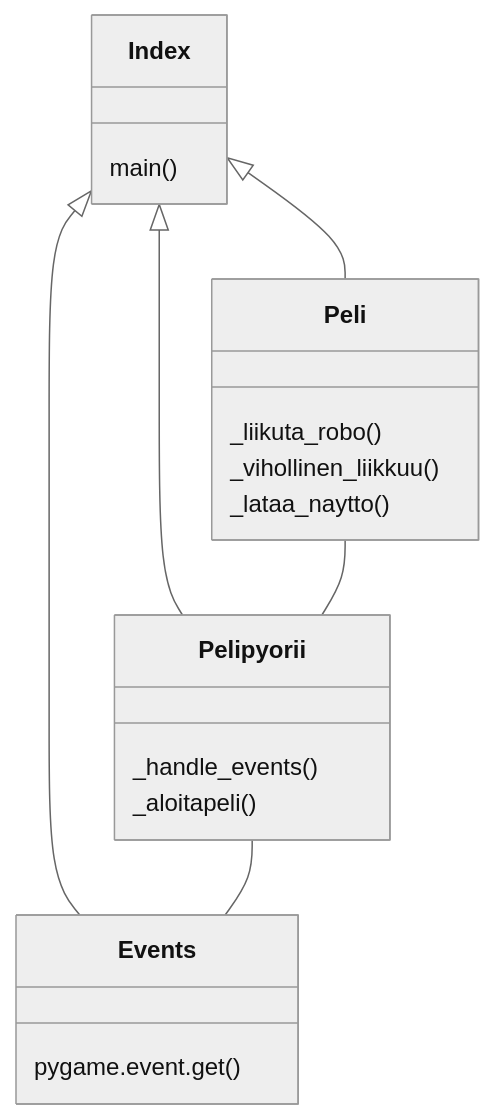
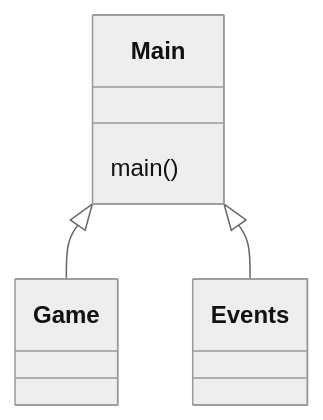
The third of 5 diagrams in dokumentaatio/arkkitehtuuri.md (nicolaskivimaki/Pac-Man), drawn with Mermaid (neutral theme) before and after one commit. The commit also changed other lines of this file, not shown here.

````diff
--- a/dokumentaatio/arkkitehtuuri.md
+++ b/dokumentaatio/arkkitehtuuri.md
@@ -30,36 +64,29 @@
 ```mermaid
 classDiagram
-  Index<|--Peli
-  Index<|--Pelipyorii
-  Index<|--Events
-  Peli--Pelipyorii
-  Pelipyorii--Events
+  Main<|--Game
+  Main<|--Events
   
-  class Index{
+  
+  
+  class Main{
   main()
 
   }
 
-  class Pelipyorii{
-    _handle_events()
-    _aloitapeli()
+  class Events{
+   
 
   }
   
   
-  class Peli{
+  class Game{
   
-  _liikuta_robo()
-  _vihollinen_liikkuu()
-  _lataa_naytto()
+  
 
 
   }
 
-  class Events{
-    pygame.event.get()
 
-  }
  
 
 ```
````
